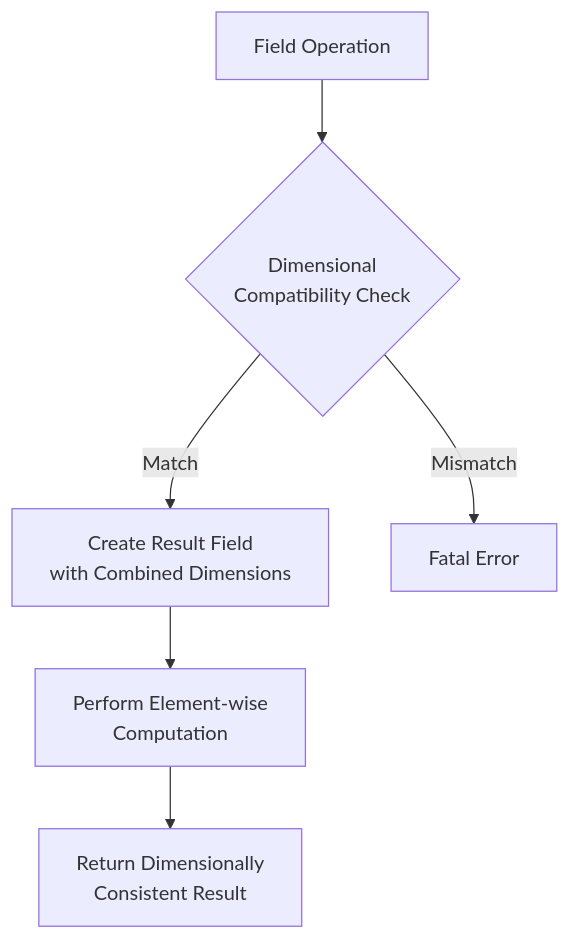
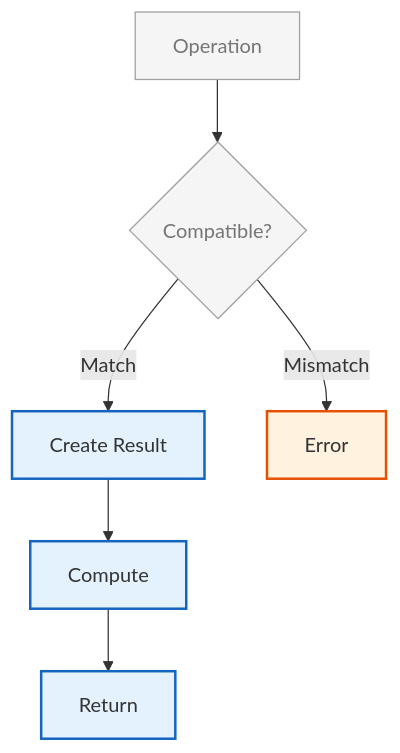
Before and after one commit to wramet/build-my-cfd: the diagram in MODULE_05_OPENFOAM_PROGRAMMING/CONTENT/12_DIMENSIONAL_ANALYSIS/03_Dimension_Arithmetic.md, drawn with Mermaid. The commit also changed 313 other files, not shown here.

Commit message:
Revise all diagram

````diff
--- a/MODULE_05_OPENFOAM_PROGRAMMING/CONTENT/12_DIMENSIONAL_ANALYSIS/03_Dimension_Arithmetic.md
+++ b/MODULE_05_OPENFOAM_PROGRAMMING/CONTENT/12_DIMENSIONAL_ANALYSIS/03_Dimension_Arithmetic.md
@@ -367,8 +367,13 @@
 ```mermaid
 flowchart TD
-    A[Field Operation] --> B{Dimensional<br>Compatibility Check}
-    B -->|Match| C[Create Result Field<br>with Combined Dimensions]
-    B -->|Mismatch| D[Fatal Error]
-    C --> E[Perform Element-wise<br>Computation]
-    E --> F[Return Dimensionally<br>Consistent Result]
+%% Classes
+classDef explicit fill:#fff3e0,stroke:#e65100,stroke-width:2px;
+classDef implicit fill:#e3f2fd,stroke:#1565c0,stroke-width:2px;
+classDef context fill:#f5f5f5,stroke:#9e9e9e,stroke-width:1px,color:#757575;
+%% Nodes
+A[Operation]:::context --> B{Compatible?}:::context
+B -->|Match| C[Create Result]:::implicit
+B -->|Mismatch| D[Error]:::explicit
+C --> E[Compute]:::implicit
+E --> F[Return]:::implicit
 ```
````
